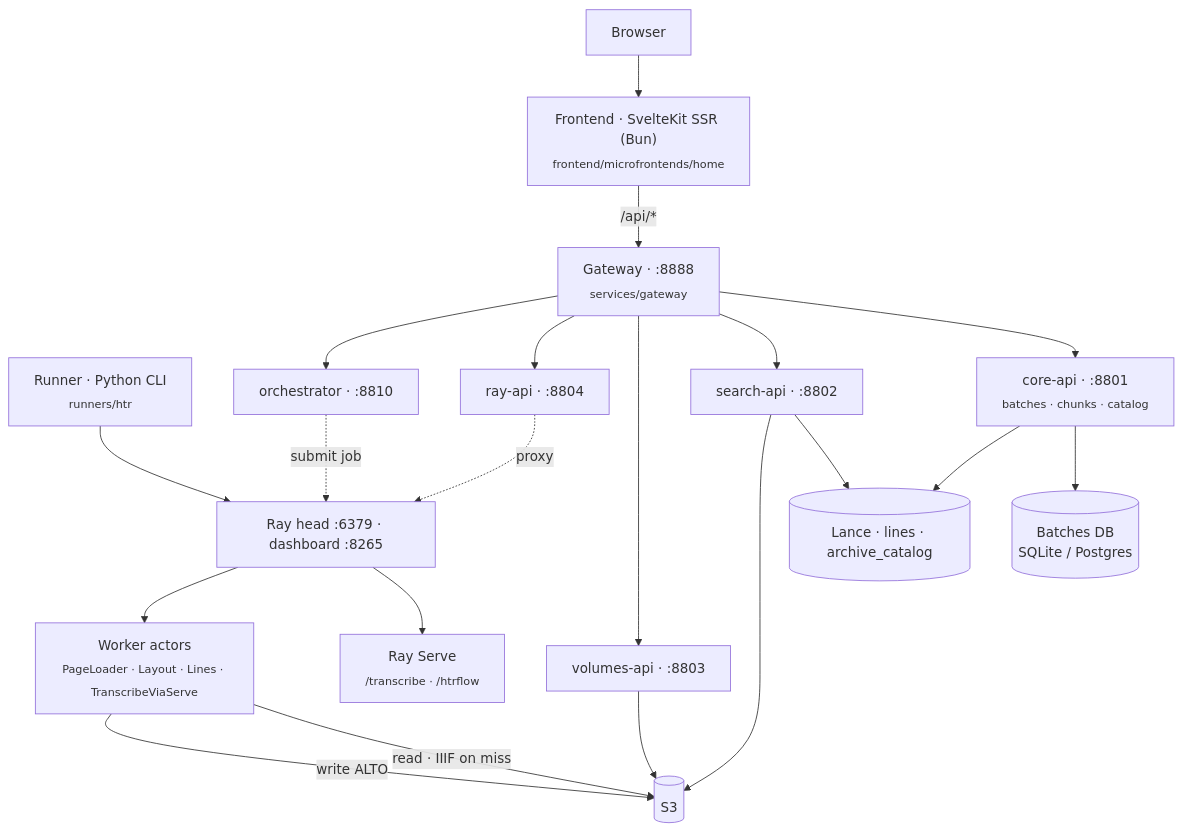
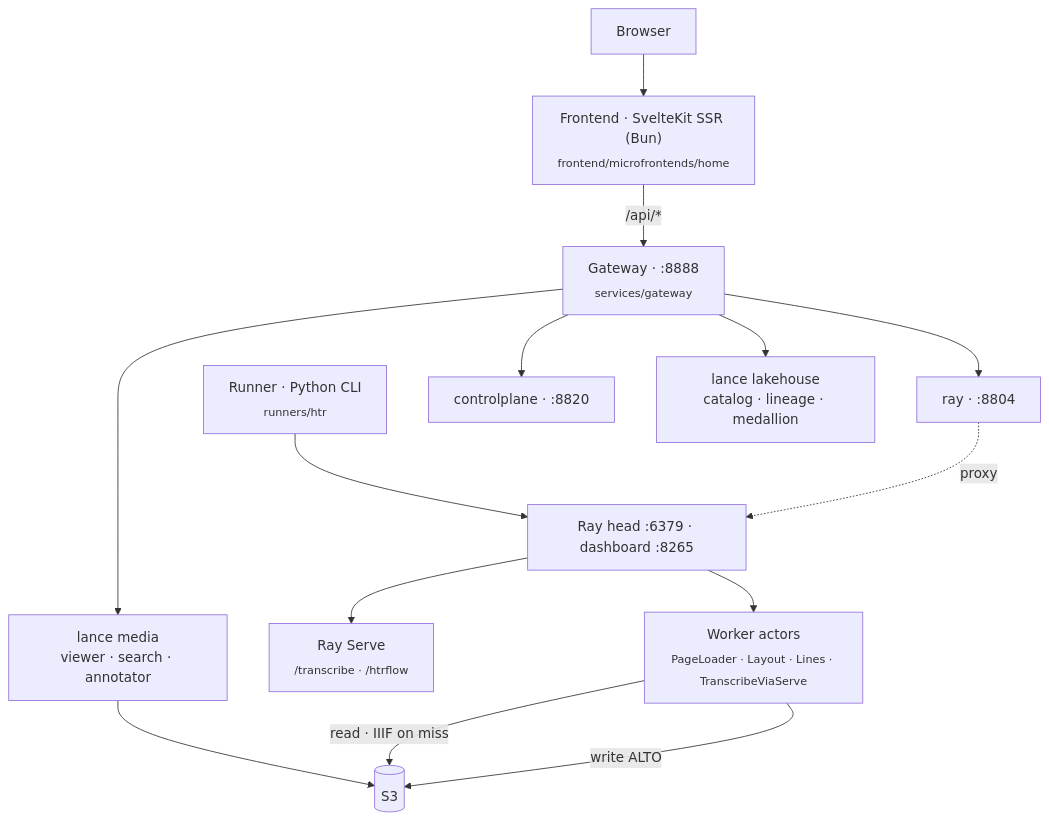
Before and after one commit to AI-Riksarkivet/rask: the diagram in docs/architecture/index.md, drawn with Mermaid. The commit also changed other lines of this file and 123 other files, not shown here.

````diff
--- a/docs/architecture/index.md
+++ b/docs/architecture/index.md
@@ -27,22 +25,16 @@
 ```mermaid
 flowchart TB
     browser["Browser"] --> spa["Frontend · SvelteKit SSR (Bun)<br/><sub>frontend/microfrontends/home</sub>"]
     spa -->|"/api/*"| gw["Gateway · :8888<br/><sub>services/gateway</sub>"]
     cli["Runner · Python CLI<br/><sub>runners/htr</sub>"] --> head
-    gw --> core["core-api · :8801<br/><sub>batches · chunks · catalog</sub>"]
-    gw --> search["search-api · :8802"]
-    gw --> volumes["volumes-api · :8803"]
-    gw --> rayapi["ray-api · :8804"]
-    gw --> orch["orchestrator · :8810"]
-    core --> db[("Batches DB<br/>SQLite / Postgres")]
-    core --> lance[("Lance · lines · archive_catalog")]
-    search --> lance
-    search --> s3[("S3")]
-    volumes --> s3
+    gw --> rayapi["ray · :8804"]
+    gw --> cp["controlplane · :8820"]
+    gw --> lake["lance lakehouse<br/>catalog · lineage · medallion"]
+    gw --> media["lance media<br/>viewer · search · annotator"]
+    media --> s3[("S3")]
     rayapi -.->|proxy| head["Ray head :6379 · dashboard :8265"]
-    orch -.->|submit job| head
     head --> serve["Ray Serve<br/><sub>/transcribe · /htrflow</sub>"]
     head --> workers["Worker actors<br/><sub>PageLoader · Layout · Lines · TranscribeViaServe</sub>"]
     workers -->|read · IIIF on miss| s3
     workers -->|write ALTO| s3
 ```
````
